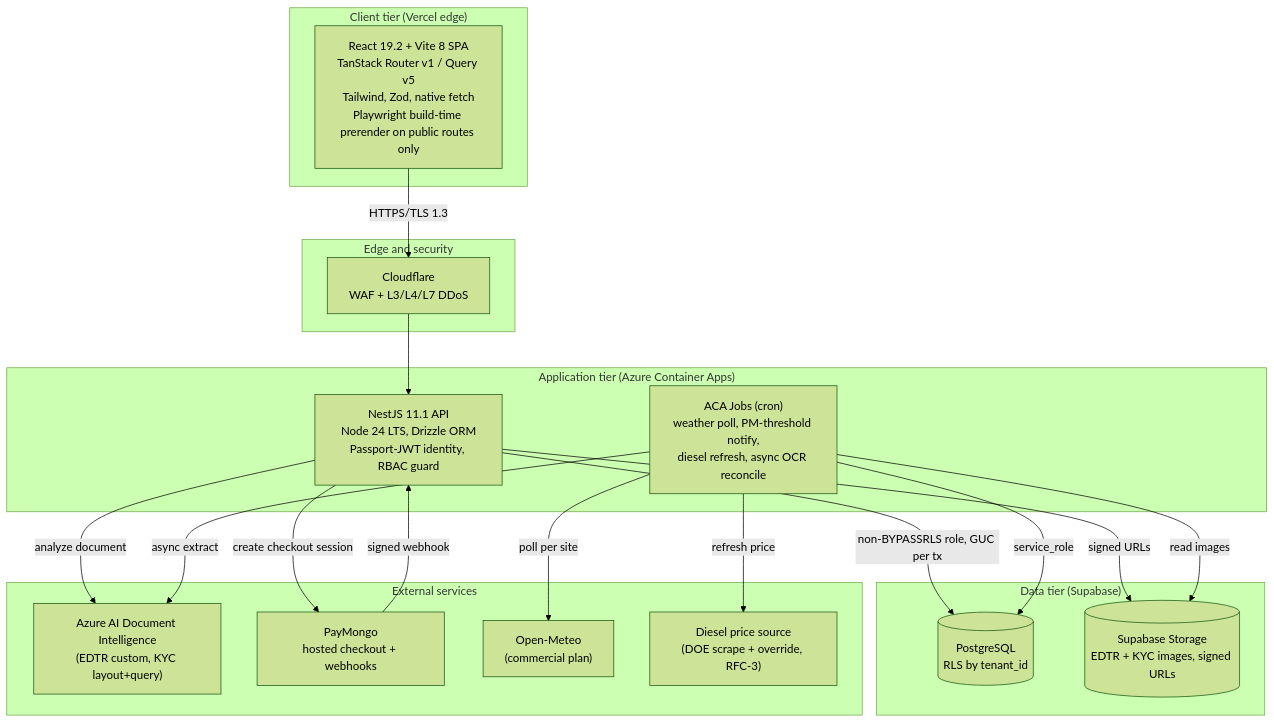
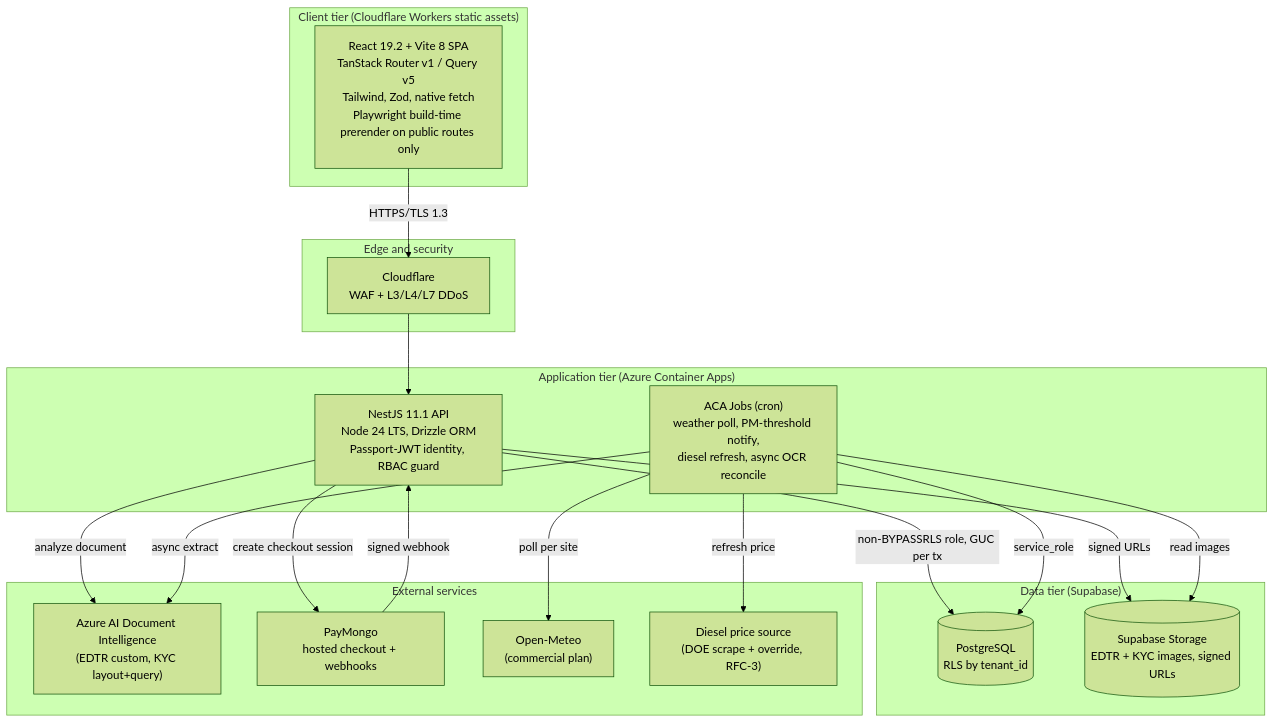
Before and after one commit to r0undy/arkilaunch: the first of 4 diagrams in docs/sdd-arkilaunch.md, drawn with Mermaid (forest theme). The commit also changed other lines of this file and 11 other files, not shown here.

````diff
--- a/docs/sdd-arkilaunch.md
+++ b/docs/sdd-arkilaunch.md
@@ -40,36 +40,36 @@
 ```mermaid
 graph TD
-    subgraph ClientTier["Client tier (Vercel edge)"]
+    subgraph ClientTier["Client tier (Cloudflare Workers static assets)"]
         FE["React 19.2 + Vite 8 SPA<br/>TanStack Router v1 / Query v5<br/>Tailwind, Zod, native fetch<br/>Playwright build-time prerender on public routes only"]
     end
     subgraph EdgeTier["Edge and security"]
         CF["Cloudflare<br/>WAF + L3/L4/L7 DDoS"]
     end
     subgraph AppTier["Application tier (Azure Container Apps)"]
         NEST["NestJS 11.1 API<br/>Node 24 LTS, Drizzle ORM<br/>Passport-JWT identity, RBAC guard"]
         JOBS["ACA Jobs (cron)<br/>weather poll, PM-threshold notify,<br/>diesel refresh, async OCR reconcile"]
     end
     subgraph DataTier["Data tier (Supabase)"]
         PG[("PostgreSQL<br/>RLS by tenant_id")]
         ST[("Supabase Storage<br/>EDTR + KYC images, signed URLs")]
     end
     subgraph ExtTier["External services"]
         DI["Azure AI Document Intelligence<br/>(EDTR custom, KYC layout+query)"]
         PM["PayMongo<br/>hosted checkout + webhooks"]
         OM["Open-Meteo<br/>(commercial plan)"]
         DZL["Diesel price source<br/>(DOE scrape + override, RFC-3)"]
     end
 
     FE -->|HTTPS/TLS 1.3| CF
     CF --> NEST
     NEST -->|non-BYPASSRLS role, GUC per tx| PG
     NEST -->|signed URLs| ST
     NEST -->|analyze document| DI
     NEST -->|create checkout session| PM
     PM -->|signed webhook| NEST
     JOBS -->|service_role| PG
     JOBS -->|poll per site| OM
     JOBS -->|refresh price| DZL
     JOBS -->|async extract| DI
     JOBS -->|read images| ST
 ```
````
